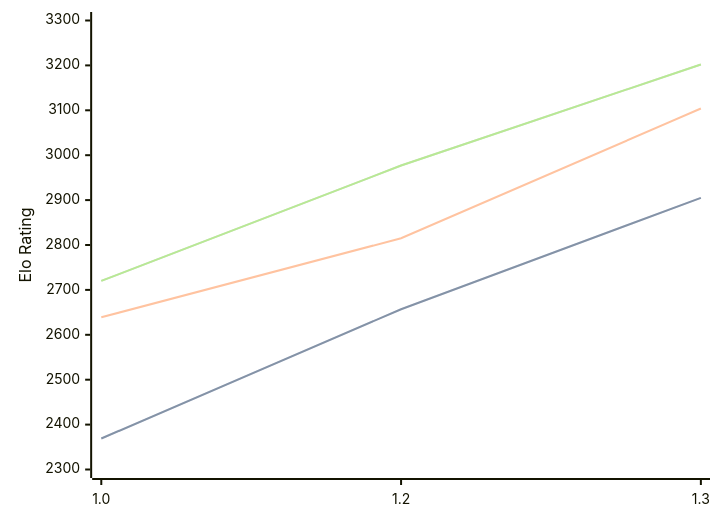
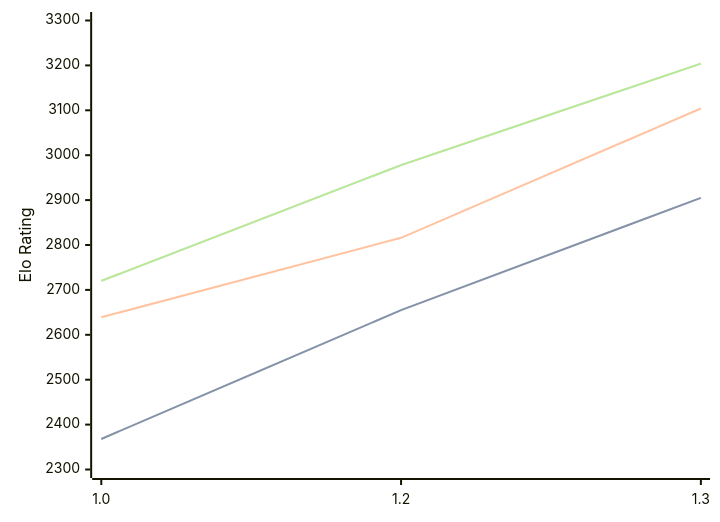
One commit to computer-chess-index/cci changed the diagram in engines/Chessnix.md. Above: the diagram before and after it, drawn with Mermaid. The commit also changed other lines of this file, not shown here.

Commit message:
Update CCI Ratings (ELO VLTC) - 2026-04-27

````diff
--- a/engines/Chessnix.md
+++ b/engines/Chessnix.md
@@ -35,11 +35,11 @@
 ```mermaid
 %%{init: {"theme":"base","themeVariables":{"seriesColors:['#a3a3a3','#222221','#faa371']}}}%%
 xychart-beta
   x-axis ["1.0", "1.2", "1.3"]
   y-axis "Elo Rating" 2300 --> 3300
-  line "STC (8.0+0.08s)" [2369, 2657, 2905]
-  line "STC (8.0+0.08s)" [2369, 2657, 2905]
-  line "LTC (60.0+0.60s)" [2639, 2815, 3104]
-  line "VLTC (2m24s+1.12s)" [2720, 2977, 3202]
-  line "VLTC (2m24s+1.12s)" [2720, 2977, 3202]
+  line "STC (8.0+0.08s)" [2368, 2655, 2905]
+  line "STC (8.0+0.08s)" [2368, 2655, 2905]
+  line "LTC (60.0+0.60s)" [2639, 2816, 3104]
+  line "VLTC (2m24s+1.12s)" [2720, 2978, 3204]
+  line "VLTC (2m24s+1.12s)" [2720, 2978, 3204]
 ```
````
